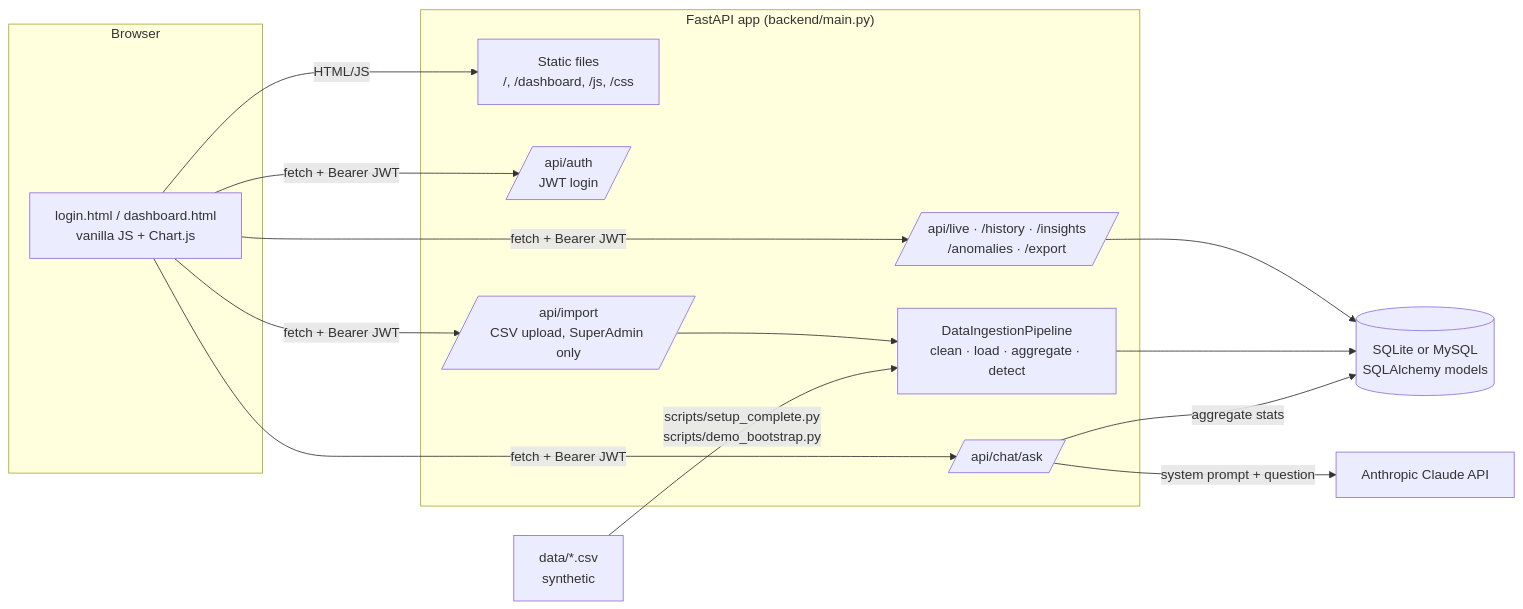
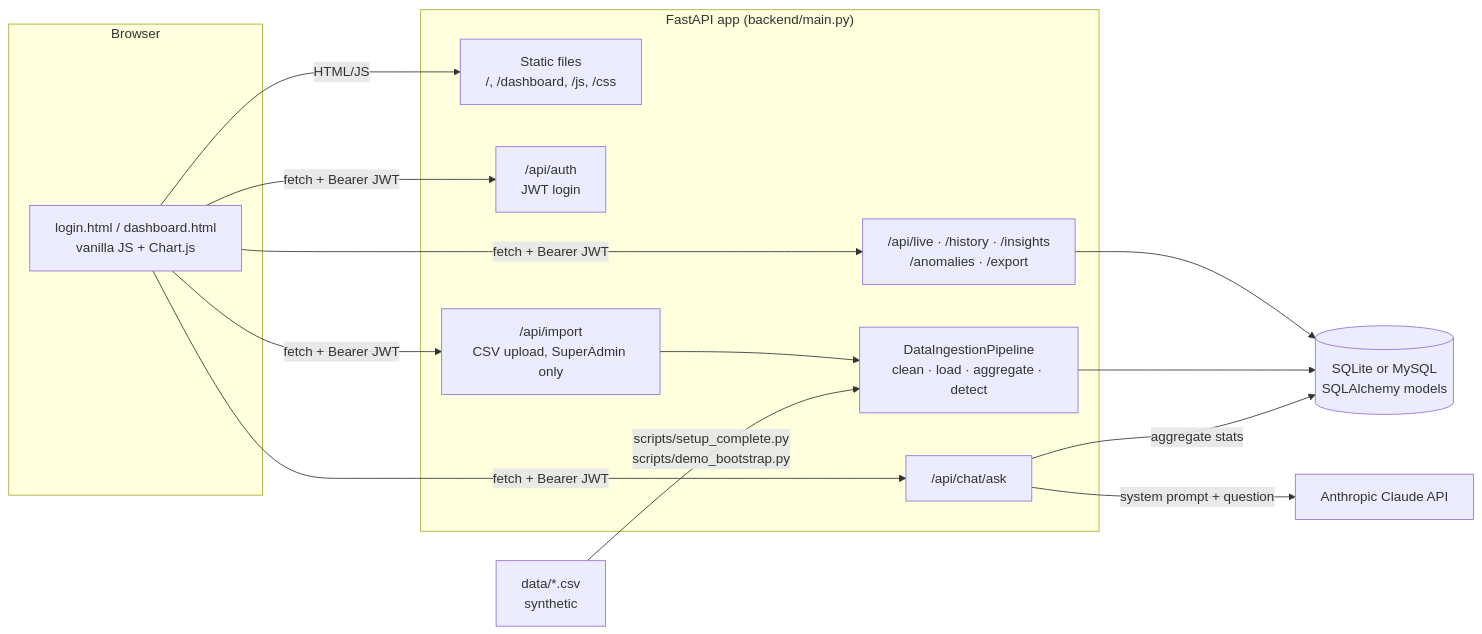
One commit to shraddhauser/Aadhaar-portal changed the diagram in docs/ARCHITECTURE.md. Above: the diagram before and after it, drawn with Mermaid. The commit also changed 1 other file, not shown here.

Commit message:
docs: quote Mermaid labels so the diagrams parse
Claude-Session: https://claude.ai/code/session_014QSupRFWscnbLTjdHaXyKd

````diff
--- a/docs/ARCHITECTURE.md
+++ b/docs/ARCHITECTURE.md
@@ -7,27 +7,27 @@
 ```mermaid
 flowchart LR
     subgraph Browser
-        P[login.html / dashboard.html<br/>vanilla JS + Chart.js]
+        P["login.html / dashboard.html<br/>vanilla JS + Chart.js"]
     end
 
     subgraph FastAPI["FastAPI app (backend/main.py)"]
-        S[Static files<br/>/, /dashboard, /js, /css]
-        A[/api/auth<br/>JWT login/]
-        R[/api/live · /history · /insights<br/>/anomalies · /export/]
-        I[/api/import<br/>CSV upload, SuperAdmin only/]
-        C[/api/chat/ask/]
+        S["Static files<br/>/, /dashboard, /js, /css"]
+        A["/api/auth<br/>JWT login"]
+        R["/api/live · /history · /insights<br/>/anomalies · /export"]
+        I["/api/import<br/>CSV upload, SuperAdmin only"]
+        C["/api/chat/ask"]
         ING[DataIngestionPipeline<br/>clean · load · aggregate · detect]
     end
 
-    DB[(SQLite or MySQL<br/>SQLAlchemy models)]
-    CSV[data/*.csv<br/>synthetic]
+    DB[("SQLite or MySQL<br/>SQLAlchemy models")]
+    CSV["data/*.csv<br/>synthetic"]
     LLM[Anthropic Claude API]
 
     P -- "HTML/JS" --> S
     P -- "fetch + Bearer JWT" --> A & R & I & C
     R --> DB
     I --> ING --> DB
     CSV -- "scripts/setup_complete.py<br/>scripts/demo_bootstrap.py" --> ING
     C -- "aggregate stats" --> DB
     C -- "system prompt + question" --> LLM
 ```
````
